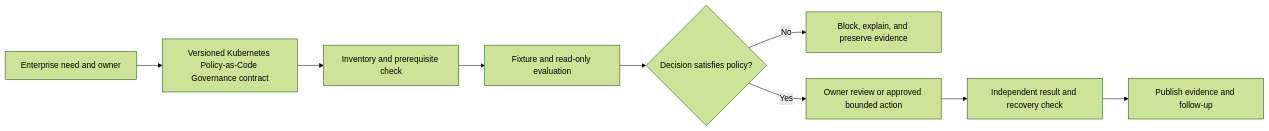
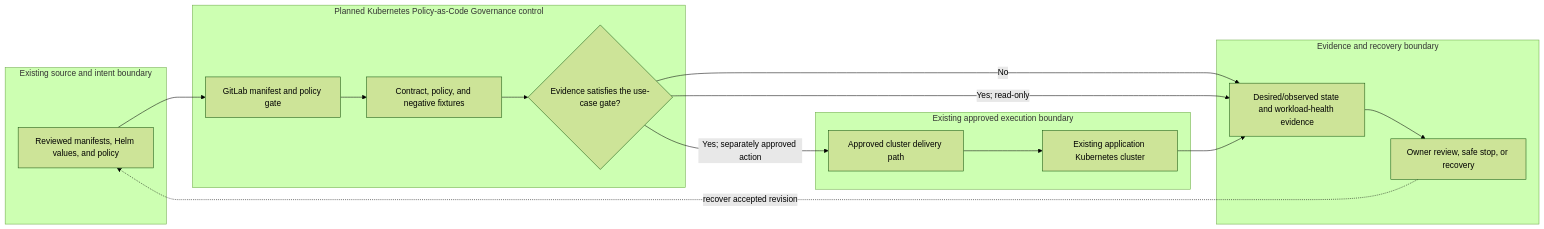
One commit to MIDHTECH/enterprise-architecture-docs changed the diagram in docs/use-cases/kubernetes/UC-K8S-008-kubernetes-policy-as-code-governance.md. Above: the diagram before and after it, drawn with Mermaid (forest theme). The commit also changed other lines of this file and 227 other files, not shown here.

Commit message:
Deepen architecture for all use case designs

````diff
--- a/docs/use-cases/kubernetes/UC-K8S-008-kubernetes-policy-as-code-governance.md
+++ b/docs/use-cases/kubernetes/UC-K8S-008-kubernetes-policy-as-code-governance.md
@@ -136,11 +129,25 @@
 ```mermaid
 flowchart LR
-    Need["Enterprise need and owner"] --> Contract["Versioned Kubernetes Policy-as-Code Governance contract"]
-    Contract --> Preflight["Inventory and prerequisite check"]
-    Preflight --> Evaluate["Fixture and read-only evaluation"]
-    Evaluate --> Decision{"Decision satisfies policy?"}
-    Decision -->|No| Stop["Block, explain, and preserve evidence"]
-    Decision -->|Yes| Review["Owner review or approved bounded action"]
-    Review --> Verify["Independent result and recovery check"]
-    Verify --> Publish["Publish evidence and follow-up"]
+    subgraph Source["Existing source and intent boundary"]
+        A["Reviewed manifests, Helm values, and policy"]
+    end
+    subgraph Planned["Planned Kubernetes Policy-as-Code Governance control"]
+        B["GitLab manifest and policy gate"]
+        C["Contract, policy, and negative fixtures"]
+        D{"Evidence satisfies the use-case gate?"}
+    end
+    subgraph Runtime["Existing approved execution boundary"]
+        E["Approved cluster delivery path"]
+        F["Existing application Kubernetes cluster"]
+    end
+    subgraph Assurance["Evidence and recovery boundary"]
+        G["Desired/observed state and workload-health evidence"]
+        H["Owner review, safe stop, or recovery"]
+    end
+
+    A --> B --> C --> D
+    D -->|No| G --> H
+    D -->|Yes; read-only| G
+    D -->|Yes; separately approved action| E --> F --> G
+    H -. recover accepted revision .-> A
 ```
````
